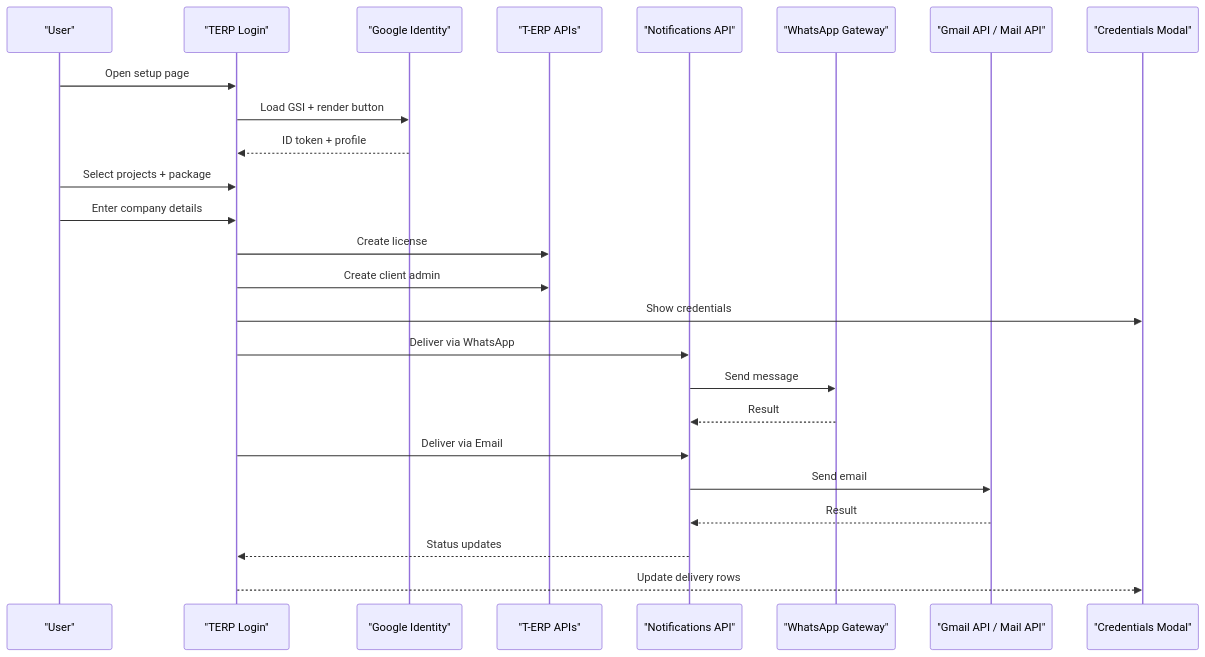
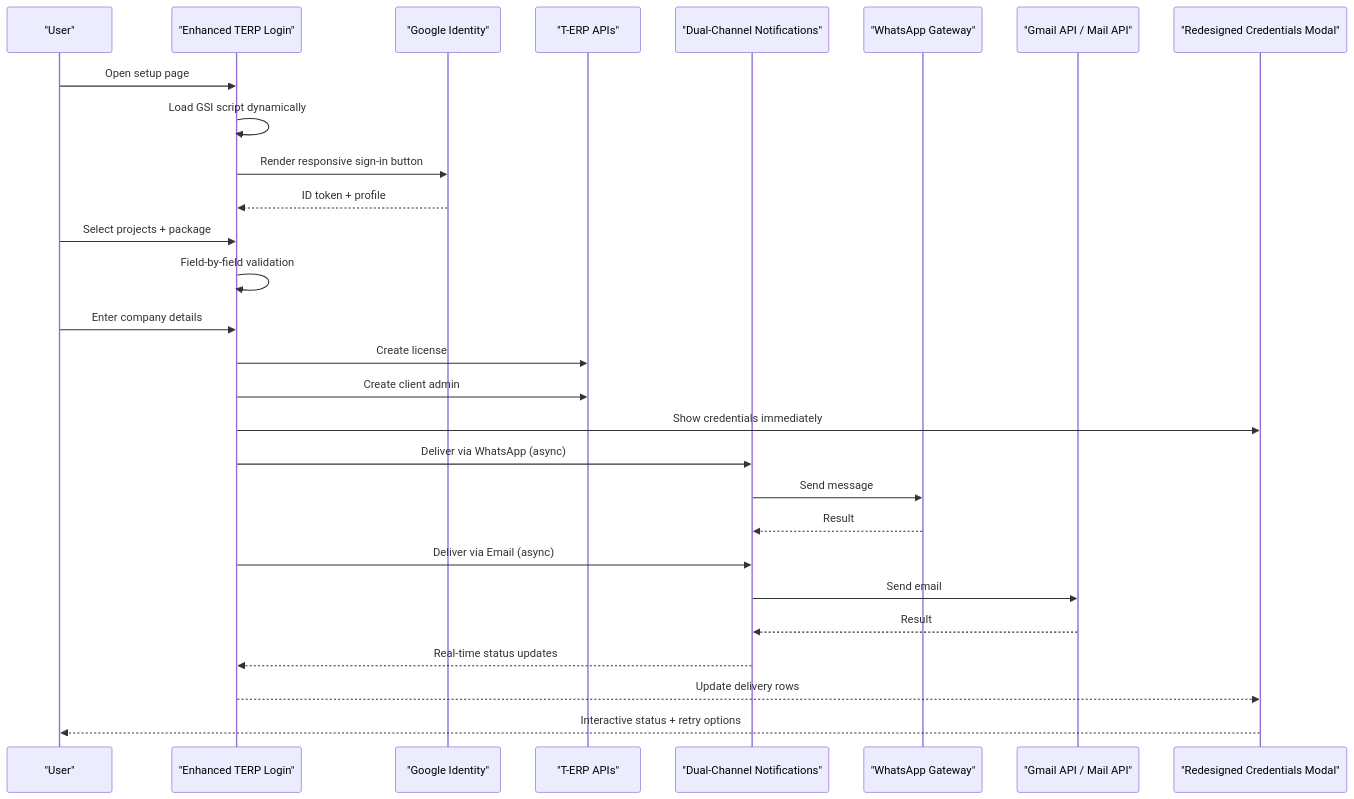
The fifth of 8 diagrams in .qoder/repowiki/en/content/Public Website Features/Contact Integration.md (imcbsglobal/TRELLISCO_ERP_FRONTEND), drawn with Mermaid before and after one commit. The commit also changed other lines of this file and 15 other files, not shown here.

````diff
--- a/.qoder/repowiki/en/content/Public Website Features/Contact Integration.md
+++ b/.qoder/repowiki/en/content/Public Website Features/Contact Integration.md
@@ -233,27 +251,30 @@
 ```mermaid
 sequenceDiagram
 participant User as "User"
-participant TERP as "TERP Login"
+participant TERP as "Enhanced TERP Login"
 participant Google as "Google Identity"
 participant ERP as "T-ERP APIs"
-participant Notif as "Notifications API"
+participant Notif as "Dual-Channel Notifications"
 participant WA as "WhatsApp Gateway"
 participant Mail as "Gmail API / Mail API"
-participant Modal as "Credentials Modal"
+participant Modal as "Redesigned Credentials Modal"
 User->>TERP : Open setup page
-TERP->>Google : Load GSI + render button
+TERP->>TERP : Load GSI script dynamically
+TERP->>Google : Render responsive sign-in button
 Google-->>TERP : ID token + profile
 User->>TERP : Select projects + package
+TERP->>TERP : Field-by-field validation
 User->>TERP : Enter company details
 TERP->>ERP : Create license
 TERP->>ERP : Create client admin
-TERP->>Modal : Show credentials
-TERP->>Notif : Deliver via WhatsApp
+TERP->>Modal : Show credentials immediately
+TERP->>Notif : Deliver via WhatsApp (async)
 Notif->>WA : Send message
 WA-->>Notif : Result
-TERP->>Notif : Deliver via Email
+TERP->>Notif : Deliver via Email (async)
 Notif->>Mail : Send email
 Mail-->>Notif : Result
-Notif-->>TERP : Status updates
+Notif-->>TERP : Real-time status updates
 TERP-->>Modal : Update delivery rows
+Modal-->>User : Interactive status + retry options
 ```
````
